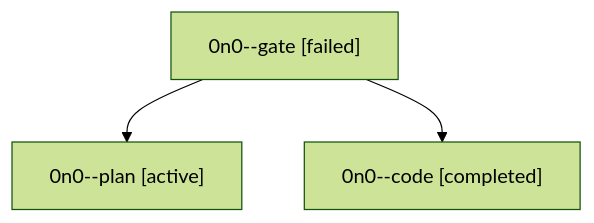
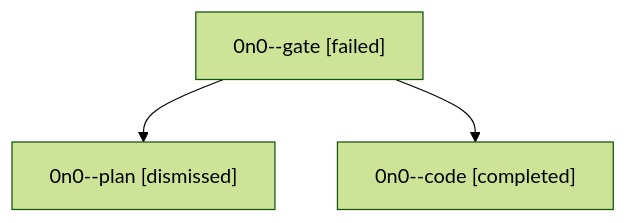
Before and after one commit to sase-org/sase--agents: the diagram in sessions/bbugyi200.athena.0n0.md, drawn with Mermaid (forest theme). The commit also changed other lines of this file and 30 other files, not shown here.

````diff
--- a/sessions/bbugyi200.athena.0n0.md
+++ b/sessions/bbugyi200.athena.0n0.md
@@ -9,8 +9,8 @@
 ```mermaid
 flowchart TD
   n0["0n0--gate [failed]"]
-  n1["0n0--plan [active]"]
+  n1["0n0--plan [dismissed]"]
   n0 --> n1
   n2["0n0--code [completed]"]
   n0 --> n2
 ```
````
